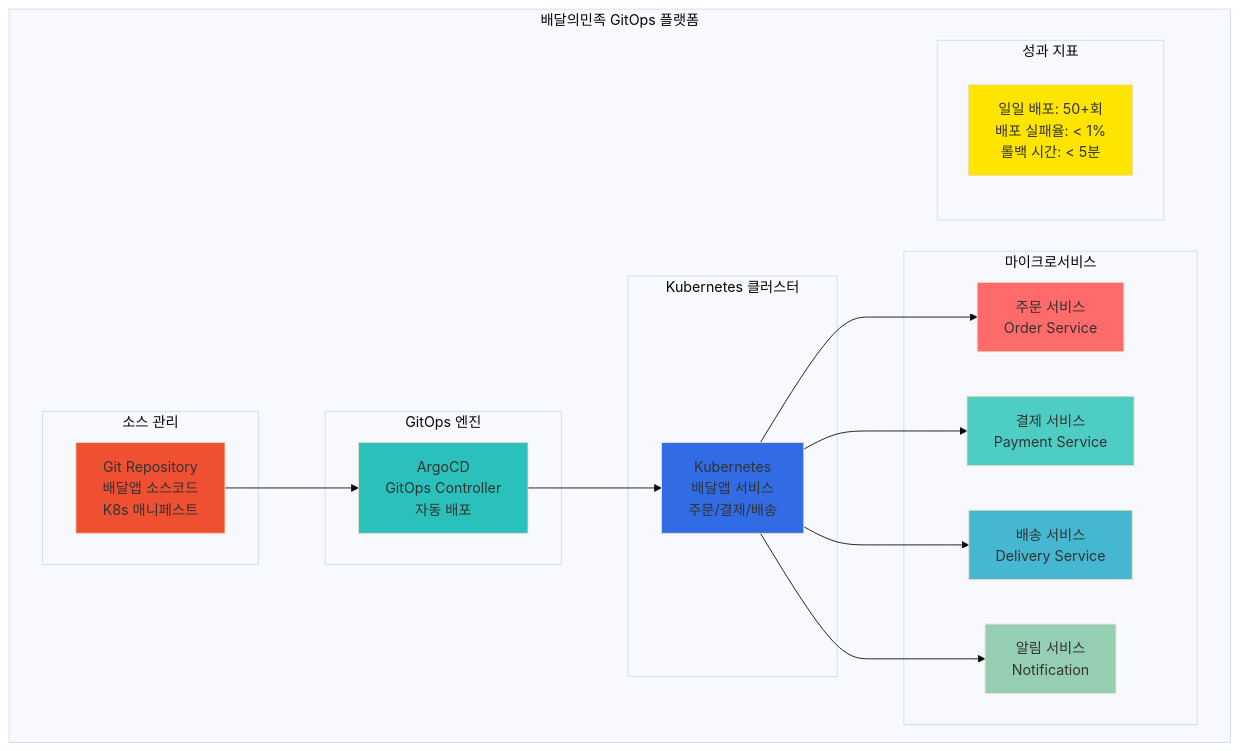
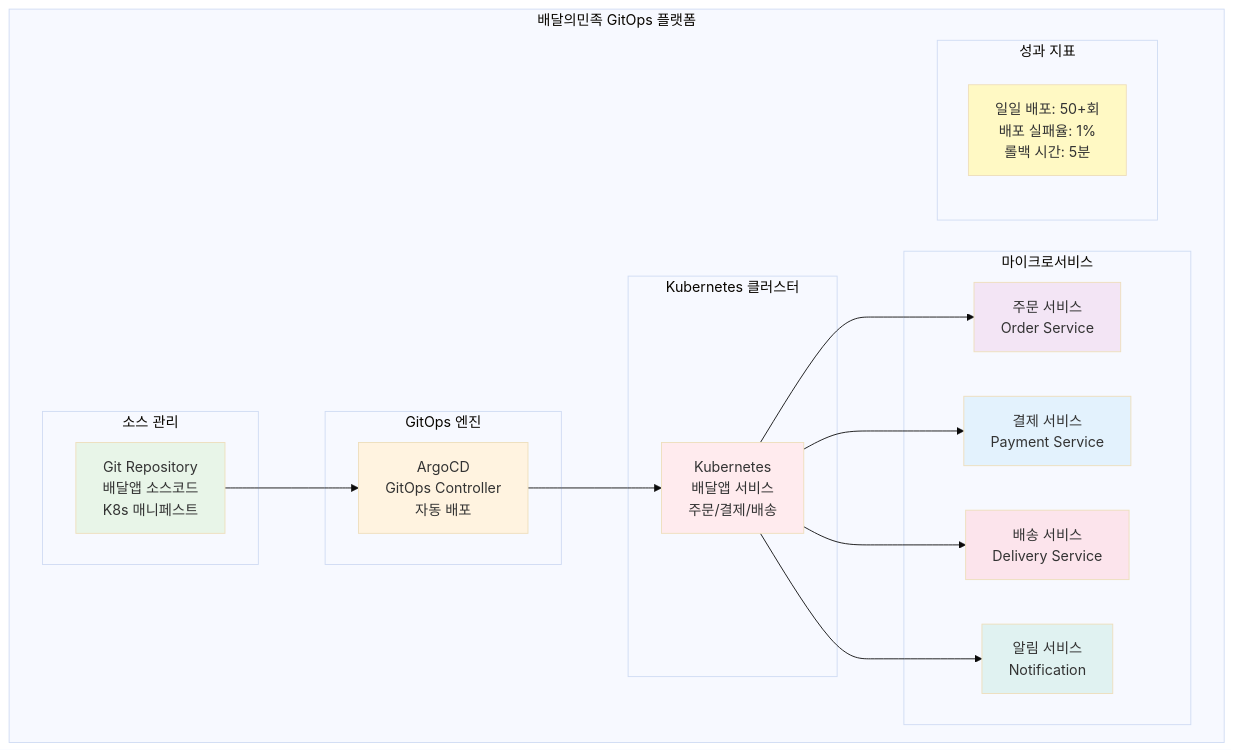
Before and after one commit to niceguy61/kdt_devops_lecture_2025: the eighth of 11 diagrams in theory/week_04/day4/session_1.md, drawn with Mermaid (base theme). The commit also changed 2 other files, not shown here.

Commit message:
특수 기호 변경

````diff
--- a/theory/week_04/day4/session_1.md
+++ b/theory/week_04/day4/session_1.md
@@ -246,43 +246,43 @@
 ```mermaid
 graph TB
     subgraph "배달의민족 GitOps 플랫폼"
         subgraph "소스 관리"
             GIT[Git Repository<br/>배달앱 소스코드<br/>K8s 매니페스트]
         end
         
         subgraph "GitOps 엔진"
             ARGOCD[ArgoCD<br/>GitOps Controller<br/>자동 배포]
         end
         
         subgraph "Kubernetes 클러스터"
             K8S[Kubernetes<br/>배달앱 서비스<br/>주문/결제/배송]
         end
         
         subgraph "마이크로서비스"
             ORDER[주문 서비스<br/>Order Service]
             PAYMENT[결제 서비스<br/>Payment Service]
             DELIVERY[배송 서비스<br/>Delivery Service]
             NOTI[알림 서비스<br/>Notification]
         end
         
         subgraph "성과 지표"
-            STATS[일일 배포: 50+회<br/>배포 실패율: < 1%<br/>롤백 시간: < 5분]
+            STATS[일일 배포: 50+회<br/>배포 실패율: 1%<br/>롤백 시간: 5분]
         end
     end
     
     GIT --> ARGOCD
     ARGOCD --> K8S
     K8S --> ORDER
     K8S --> PAYMENT
     K8S --> DELIVERY
     K8S --> NOTI
     
-    style GIT fill:#F05032
-    style ARGOCD fill:#2AC1BC
-    style K8S fill:#326CE5
-    style ORDER fill:#FF6B6B
-    style PAYMENT fill:#4ECDC4
-    style DELIVERY fill:#45B7D1
-    style NOTI fill:#96CEB4
-    style STATS fill:#FEE500
+    style GIT fill:#e8f5e8
+    style ARGOCD fill:#fff3e0
+    style K8S fill:#ffebee
+    style ORDER fill:#f3e5f5
+    style PAYMENT fill:#e3f2fd
+    style DELIVERY fill:#fce4ec
+    style NOTI fill:#e0f2f1
+    style STATS fill:#fff9c4
 ```
````
